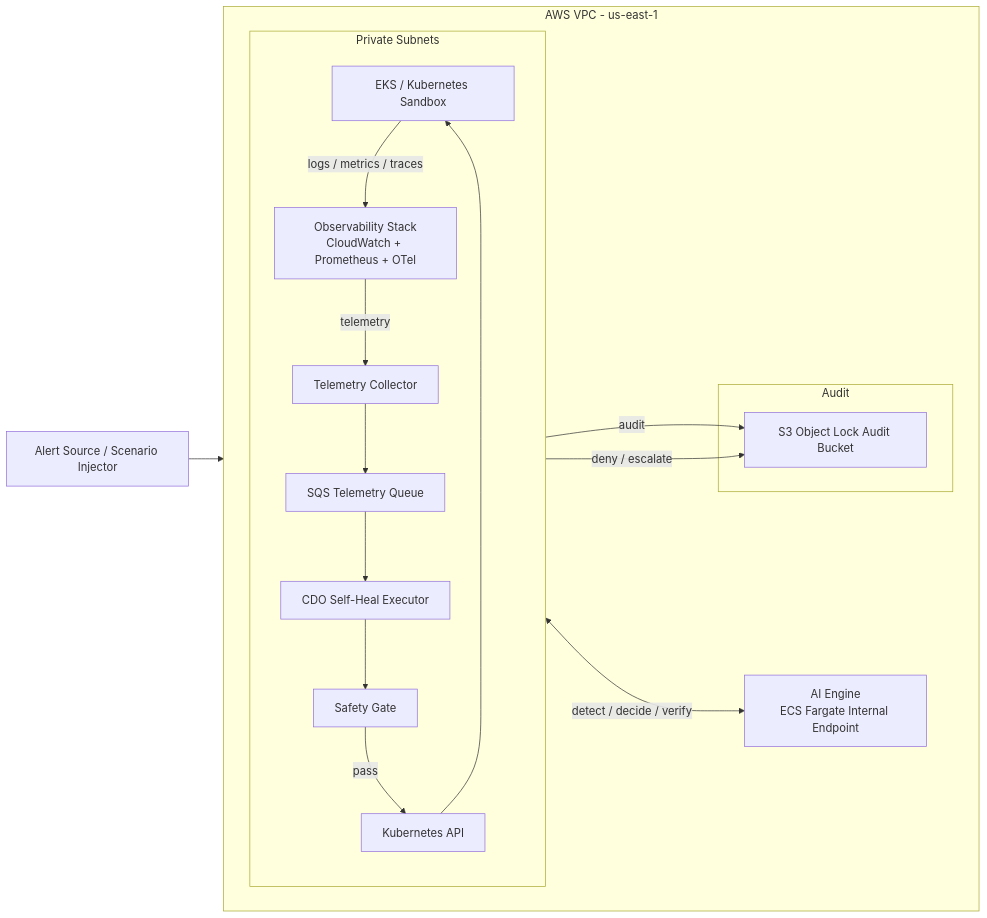
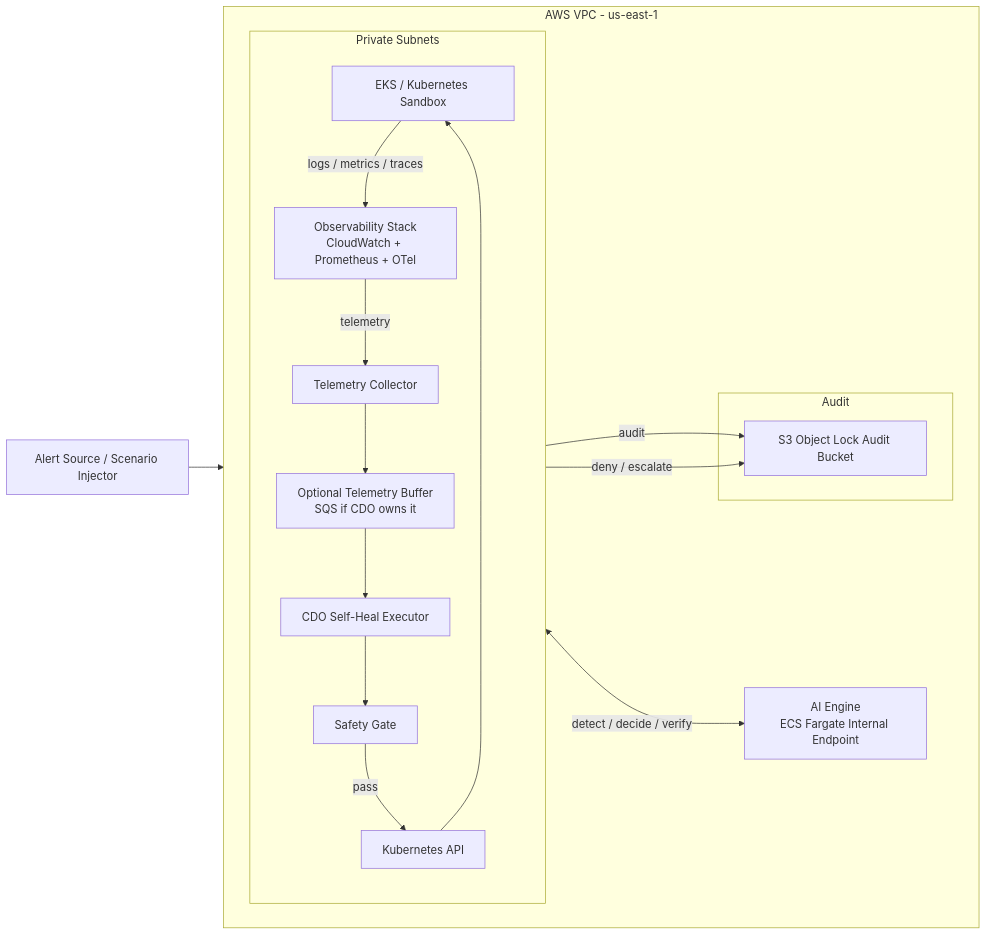
One commit to nguyenha0112/Self_Heal_AgentAWS changed the diagram in docs/02_infra_design.md. Above: the diagram before and after it, drawn with Mermaid. The commit also changed other lines of this file and 9 other files, not shown here.

````diff
--- a/docs/02_infra_design.md
+++ b/docs/02_infra_design.md
@@ -60,37 +60,37 @@
 ```mermaid
 flowchart LR
     ALERT[Alert Source / Scenario Injector]
 
     subgraph "AWS VPC - us-east-1"
         direction LR
 
         subgraph "Private Subnets"
             direction TB
             EKS[EKS / Kubernetes Sandbox]
             OBS[Observability Stack<br/>CloudWatch + Prometheus + OTel]
             COLLECTOR[Telemetry Collector]
-            SQS[SQS Telemetry Queue]
+            BUFFER[Optional Telemetry Buffer<br/>SQS if CDO owns it]
             EXEC[CDO Self-Heal Executor]
             SAFETY[Safety Gate]
             K8S[Kubernetes API]
         end
 
         AI[AI Engine<br/>ECS Fargate Internal Endpoint]
 
         subgraph "Audit"
             S3[S3 Object Lock Audit Bucket]
         end
     end
 
     ALERT --> OBS
     EKS -->|logs / metrics / traces| OBS
     OBS -->|telemetry| COLLECTOR
-    COLLECTOR --> SQS
-    SQS --> EXEC
+    COLLECTOR --> BUFFER
+    BUFFER --> EXEC
     EXEC <-->|detect / decide / verify| AI
     EXEC --> SAFETY
     SAFETY -->|pass| K8S
     K8S --> EKS
     EXEC -->|audit| S3
     SAFETY -->|deny / escalate| S3
 ```
````
